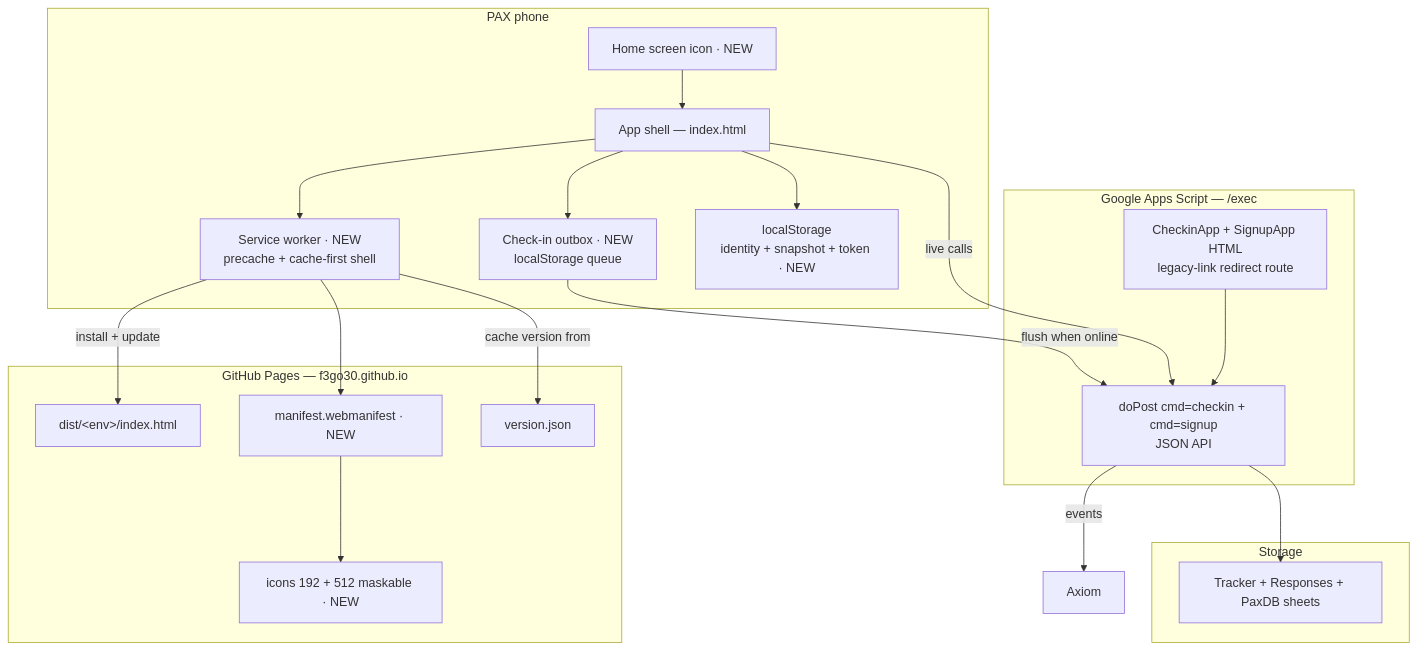
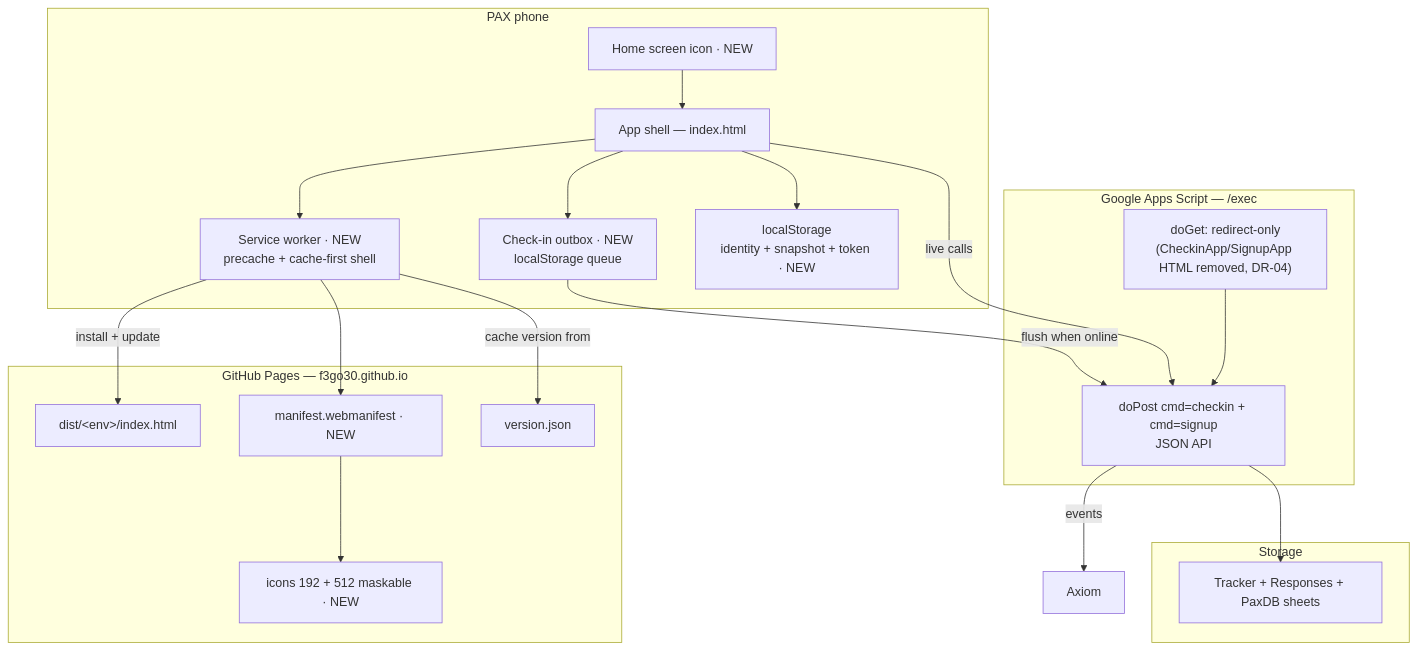
One commit to stuartdonaldson/F3Go30 changed the first of 4 diagrams in docs/pwa-design.md. Above: the diagram before and after it, drawn with Mermaid. The commit also changed other lines of this file and 56 other files, not shown here.

````diff
--- a/docs/pwa-design.md
+++ b/docs/pwa-design.md
@@ -61,40 +59,40 @@
 ```mermaid
 flowchart TB
     subgraph phone["PAX phone"]
         icon["Home screen icon · NEW"]
         shell["App shell — index.html"]
         sw["Service worker · NEW<br/>precache + cache-first shell"]
         outbox["Check-in outbox · NEW<br/>localStorage queue"]
         store["localStorage<br/>identity + snapshot + token · NEW"]
     end
 
     subgraph pages["GitHub Pages — f3go30.github.io"]
         dist["dist/&lt;env&gt;/index.html"]
         manifest["manifest.webmanifest · NEW"]
         icons["icons 192 + 512 maskable · NEW"]
         ver["version.json"]
     end
 
     subgraph gas["Google Apps Script — /exec"]
         api["doPost cmd=checkin + cmd=signup<br/>JSON API"]
-        gashtml["CheckinApp + SignupApp HTML<br/>legacy-link redirect route"]
+        gashtml["doGet: redirect-only<br/>(CheckinApp/SignupApp HTML removed, DR-04)"]
     end
 
     subgraph data["Storage"]
         sheets["Tracker + Responses + PaxDB sheets"]
     end
 
     icon --> shell
     shell --> sw
     sw -->|"install + update"| dist
     sw --> manifest
     manifest --> icons
     sw -->|"cache version from"| ver
     shell --> store
     shell --> outbox
     outbox -->|"flush when online"| api
     shell -->|"live calls"| api
     api --> sheets
     gashtml --> api
     api -->|"events"| axiom["Axiom"]
 ```
````
